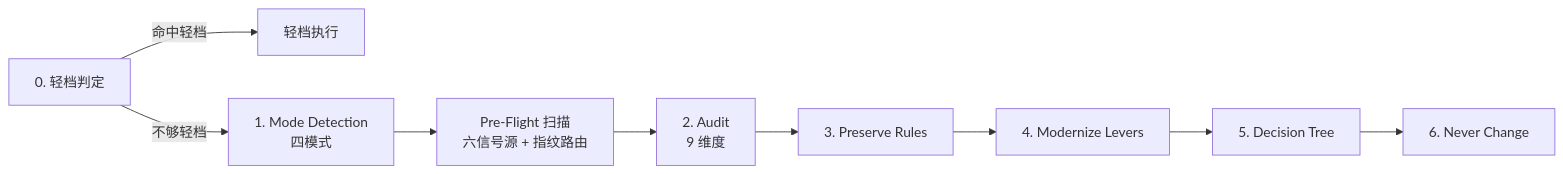
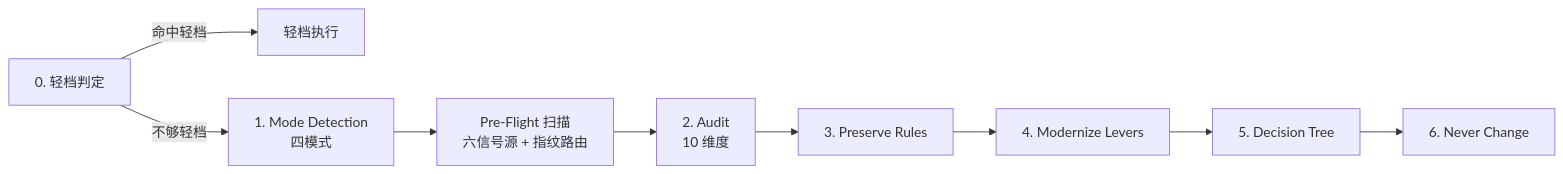
Before and after one commit to Kirky-X/maliang: the first of 2 diagrams in references/commands/redesign.md, drawn with Mermaid. The commit also changed other lines of this file and 26 other files, not shown here.

````diff
--- a/references/commands/redesign.md
+++ b/references/commands/redesign.md
@@ -73,11 +73,11 @@
 ```mermaid
 flowchart LR
   A0["0. 轻档判定"] -->|"命中轻档"| Z["轻档执行"]
   A0 -->|"不够轻档"| A["1. Mode Detection<br/>四模式"]
   A --> P["Pre-Flight 扫描<br/>六信号源 + 指纹路由"]
-  P --> B["2. Audit<br/>9 维度"]
+  P --> B["2. Audit<br/>10 维度"]
   B --> C["3. Preserve Rules"]
   C --> D["4. Modernize Levers"]
   D --> E["5. Decision Tree"]
   E --> F["6. Never Change"]
 ```
````
